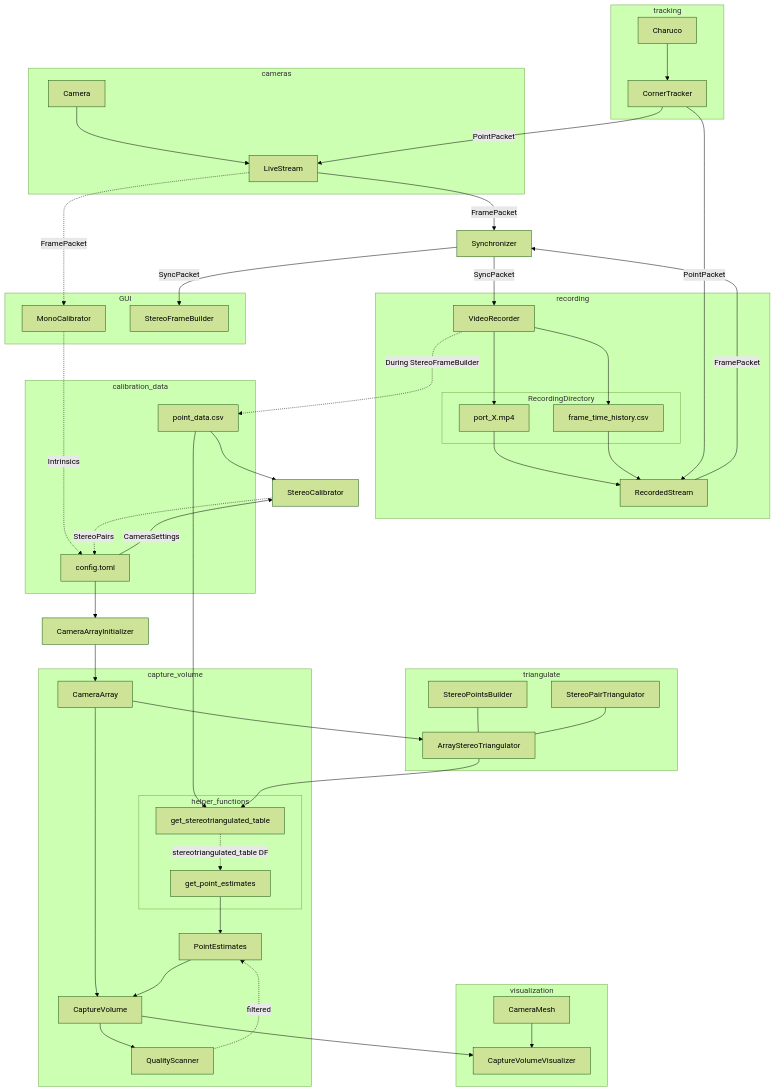
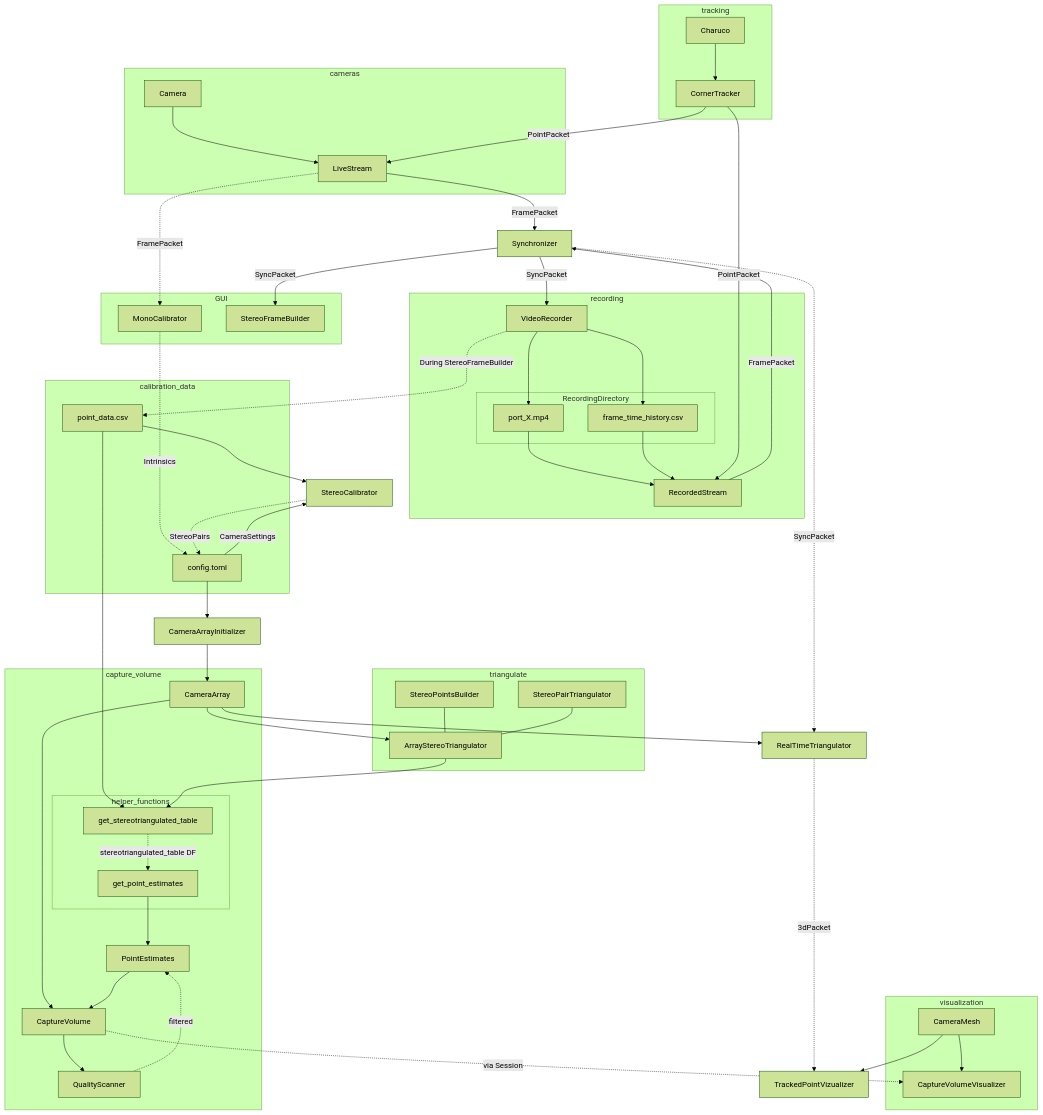
Before and after one commit to mprib/caliscope: the diagram in docs/project_structure.md, drawn with Mermaid (forest theme). The commit also changed 2 other files, not shown here.

Commit message:
updating basic roadmap

```diff
--- a/docs/project_structure.md
+++ b/docs/project_structure.md
@@ -55,6 +55,11 @@
 StereoCalibrator -.StereoPairs.-> config.toml
 
 
+CameraArray --> RealTimeTriangulator
+Synchronizer -.SyncPacket.-> RealTimeTriangulator
+RealTimeTriangulator -.3dPacket.-> TrackedPointVizualizer
+CameraMesh --> TrackedPointVizualizer
+
 
 subgraph calibration_data
     point_data.csv
@@ -72,13 +77,14 @@
 
 CameraArray --> ArrayStereoTriangulator
 
+
 subgraph triangulate
     ArrayStereoTriangulator
     StereoPointsBuilder --- ArrayStereoTriangulator
     StereoPairTriangulator --- ArrayStereoTriangulator
 end
 
-CaptureVolume --> CaptureVolumeVisualizer
+CaptureVolume -.via Session.-> CaptureVolumeVisualizer
 
 get_point_estimates  --> PointEstimates
 
```
